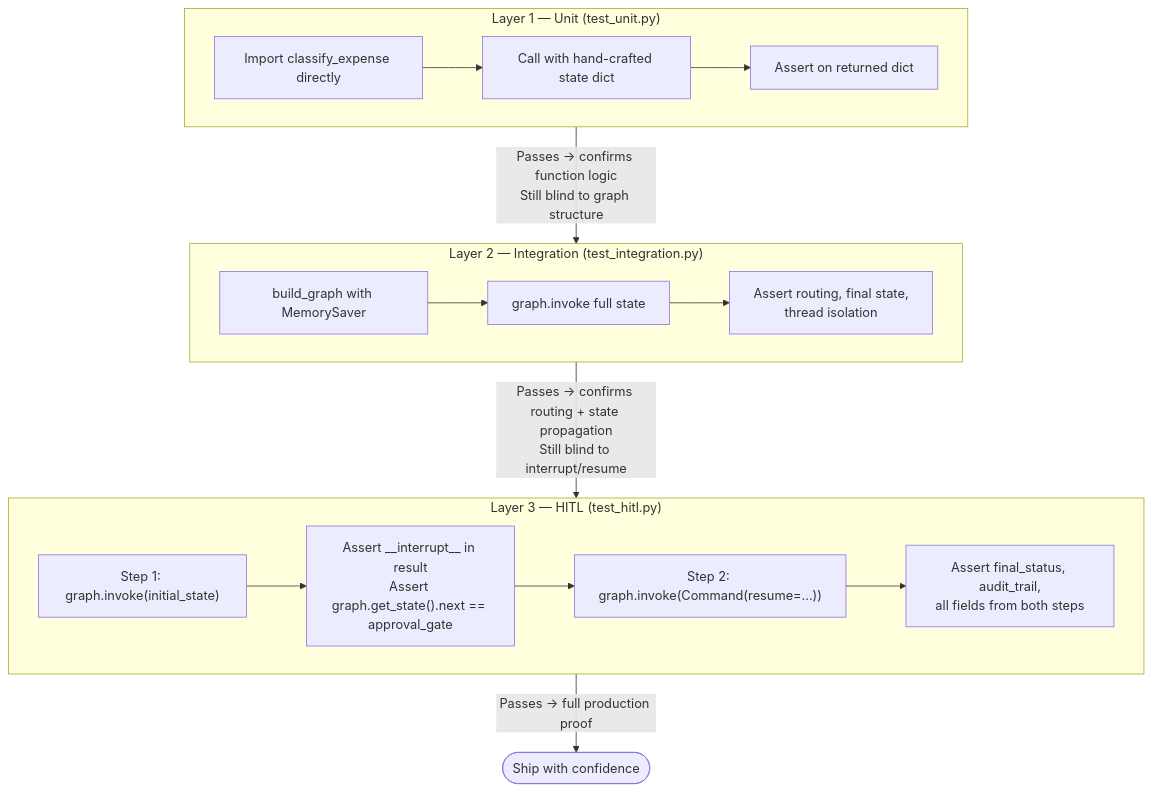
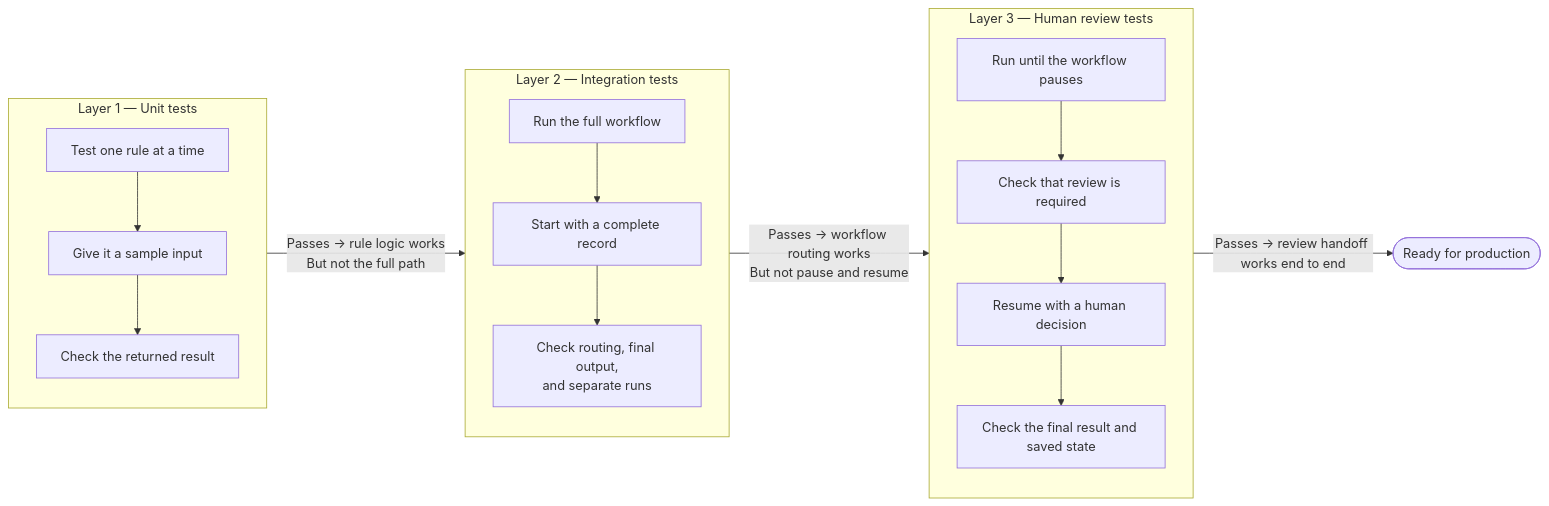
The fourth of 7 diagrams in EXPLAINER.md (mohitagr18/langgraph-agent-testing), drawn with Mermaid before and after one commit. The commit also changed other lines of this file and 1 other file, not shown here.

Commit message:
minor fixes

````diff
--- a/EXPLAINER.md
+++ b/EXPLAINER.md
@@ -129,28 +129,31 @@
 ```mermaid
-flowchart TB
-    subgraph L1["Layer 1 — Unit (test_unit.py)"]
-        U1[Import classify_expense directly]
-        U2[Call with hand-crafted state dict]
-        U3[Assert on returned dict]
+flowchart LR
+    subgraph L1["Layer 1 — Unit tests"]
+        direction TB
+        U1[Test one rule at a time]
+        U2[Give it a sample input]
+        U3[Check the returned result]
         U1 --> U2 --> U3
     end
 
-    subgraph L2["Layer 2 — Integration (test_integration.py)"]
-        I1[build_graph with MemorySaver]
-        I2[graph.invoke full state]
-        I3[Assert routing, final state,\nthread isolation]
+    subgraph L2["Layer 2 — Integration tests"]
+        direction TB
+        I1[Run the full workflow]
+        I2[Start with a complete record]
+        I3[Check routing, final output,\nand separate runs]
         I1 --> I2 --> I3
     end
 
-    subgraph L3["Layer 3 — HITL (test_hitl.py)"]
-        H1["Step 1: graph.invoke(initial_state)"]
-        H2["Assert __interrupt__ in result\nAssert graph.get_state().next == approval_gate"]
-        H3["Step 2: graph.invoke(Command(resume=...))"]
-        H4["Assert final_status, audit_trail,\nall fields from both steps"]
+    subgraph L3["Layer 3 — Human review tests"]
+        direction TB
+        H1[Run until the workflow pauses]
+        H2[Check that review is required]
+        H3[Resume with a human decision]
+        H4[Check the final result and saved state]
         H1 --> H2 --> H3 --> H4
     end
 
-    L1 -->|"Passes → confirms function logic\nStill blind to graph structure"| L2
-    L2 -->|"Passes → confirms routing + state propagation\nStill blind to interrupt/resume"| L3
-    L3 -->|"Passes → full production proof"| DONE([Ship with confidence])
+    L1 -->|"Passes → rule logic works\nBut not the full path"| L2
+    L2 -->|"Passes → workflow routing works\nBut not pause and resume"| L3
+    L3 -->|"Passes → review handoff works end to end"| DONE([Ready for production])
 ```
````
